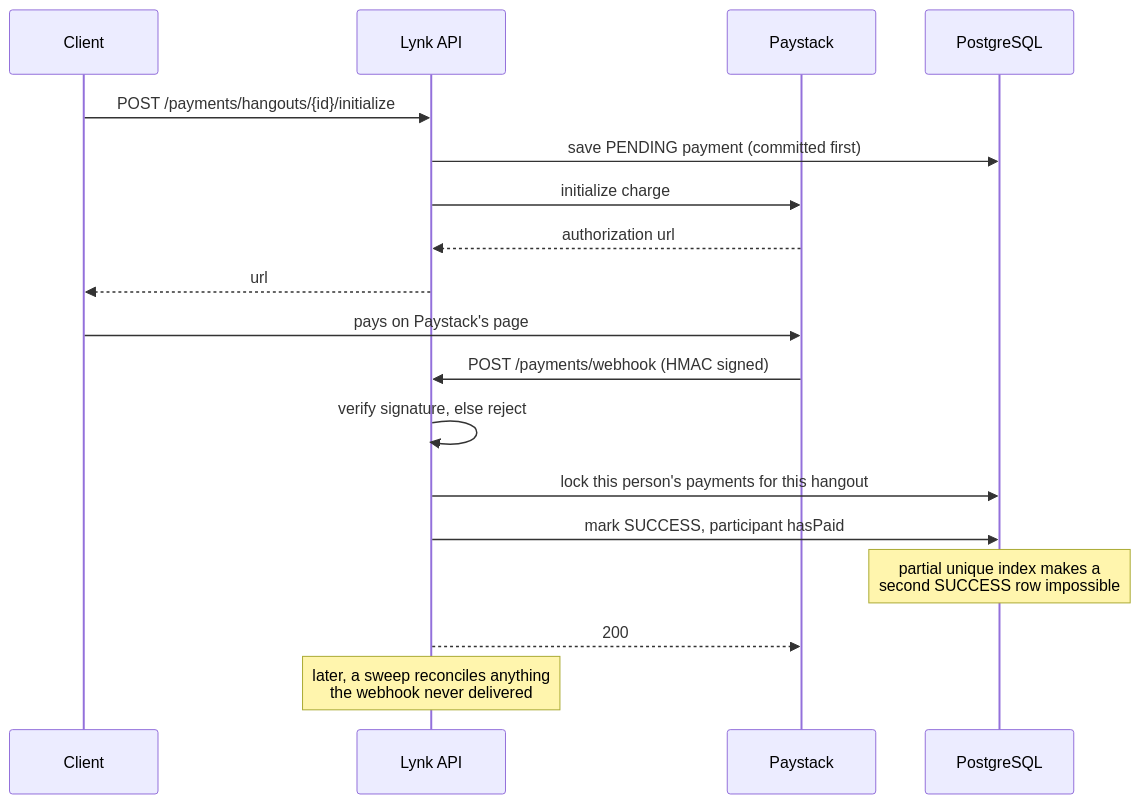
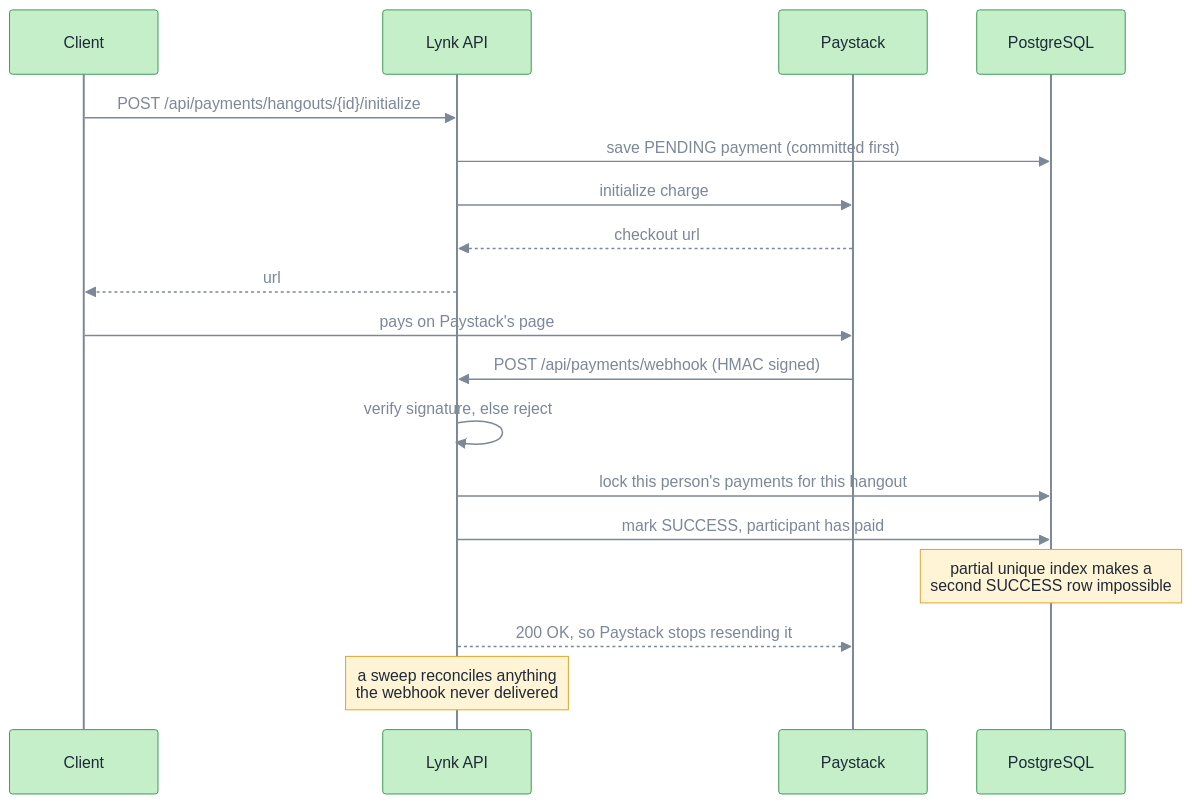
The sixth of 7 diagrams in README.md (EEseka/lynk-api), drawn with Mermaid before and after one commit. The commit also changed other lines of this file, not shown here.

````diff
--- a/README.md
+++ b/README.md
@@ -109,20 +326,21 @@
 ```mermaid
+%%{init: {"theme": "base", "themeVariables": {"fontFamily": "-apple-system, BlinkMacSystemFont, Segoe UI, Helvetica, Arial, sans-serif", "fontSize": "15px", "actorBkg": "#C4EFC9", "actorBorder": "#3E9A5B", "actorTextColor": "#1F2937", "actorLineColor": "#7C8798", "signalColor": "#7C8798", "signalTextColor": "#7C8798", "noteBkgColor": "#FFF4D6", "noteBorderColor": "#D9A62B", "noteTextColor": "#1F2937", "activationBkgColor": "#DCEBFA", "activationBorderColor": "#3F86C2", "sequenceNumberColor": "#1F2937"}}}%%
 sequenceDiagram
     participant C as Client
     participant API as Lynk API
     participant P as Paystack
     participant DB as PostgreSQL
-    C ->> API: POST /payments/hangouts/{id}/initialize
+    C ->> API: POST /api/payments/hangouts/{id}/initialize
     API ->> DB: save PENDING payment (committed first)
     API ->> P: initialize charge
-    P -->> API: authorization url
+    P -->> API: checkout url
     API -->> C: url
     C ->> P: pays on Paystack's page
-    P ->> API: POST /payments/webhook (HMAC signed)
+    P ->> API: POST /api/payments/webhook (HMAC signed)
     API ->> API: verify signature, else reject
     API ->> DB: lock this person's payments for this hangout
-    API ->> DB: mark SUCCESS, participant hasPaid
+    API ->> DB: mark SUCCESS, participant has paid
     Note over DB: partial unique index makes a<br/>second SUCCESS row impossible
-    API -->> P: 200
-    Note over API: later, a sweep reconciles anything<br/>the webhook never delivered
+    API -->> P: 200 OK, so Paystack stops resending it
+    Note over API: a sweep reconciles anything<br/>the webhook never delivered
 ```
````
